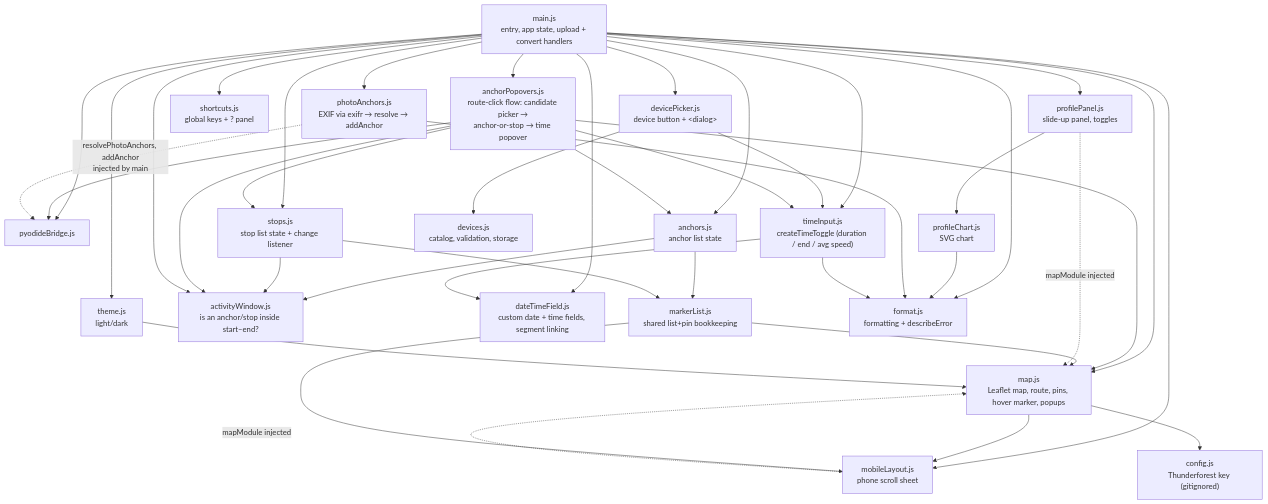
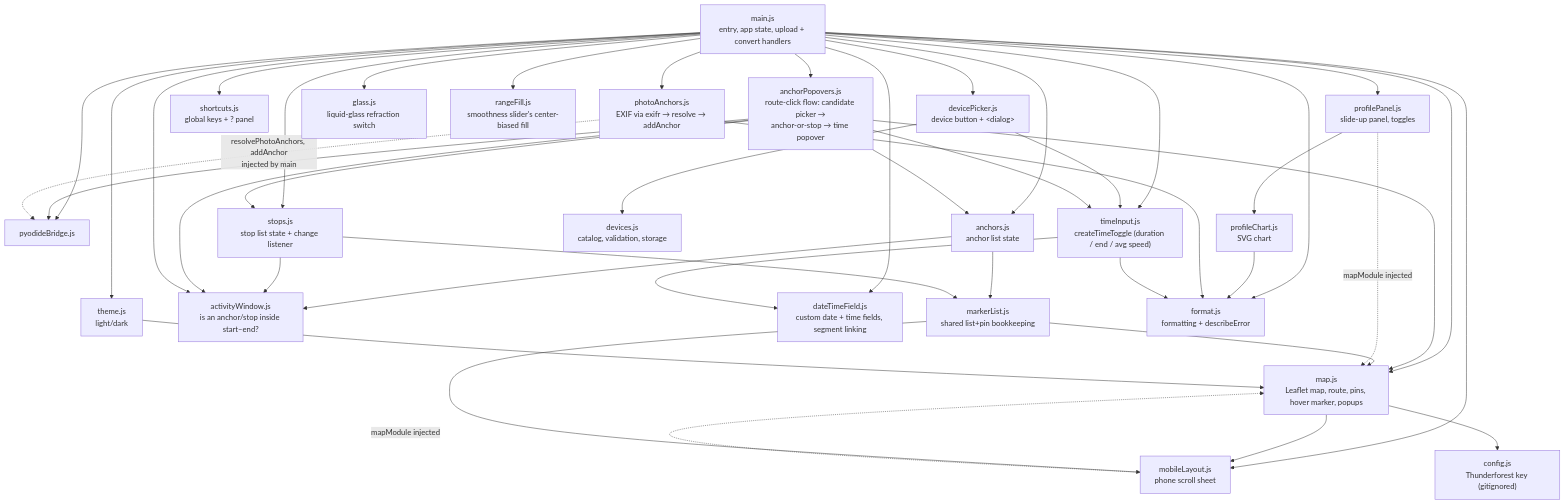
Before and after one commit to martin-iflap/GPX_to_FIT: diagram 12 of 16 in docs/ARCHITECTURE.md, drawn with Mermaid. The commit also changed other lines of this file and 16 other files, not shown here.

````diff
--- a/docs/ARCHITECTURE.md
+++ b/docs/ARCHITECTURE.md
@@ -678,64 +732,68 @@
 ```mermaid
 flowchart TD
   main["main.js<br/>entry, app state, upload + convert handlers"]
   bridge["pyodideBridge.js"]
   map["map.js<br/>Leaflet map, route, pins, hover marker, popups"]
   ap["anchorPopovers.js<br/>route-click flow: candidate picker →<br/>anchor-or-stop → time popover"]
   anchors["anchors.js<br/>anchor list state"]
   stops["stops.js<br/>stop list state + change listener"]
   ml["markerList.js<br/>shared list+pin bookkeeping"]
   aw["activityWindow.js<br/>is an anchor/stop inside start–end?"]
   photo["photoAnchors.js<br/>EXIF via exifr → resolve → addAnchor"]
   ti["timeInput.js<br/>createTimeToggle (duration / end / avg speed)"]
   dtf["dateTimeField.js<br/>custom date + time fields, segment linking"]
   pp["profilePanel.js<br/>slide-up panel, toggles"]
   pc["profileChart.js<br/>SVG chart"]
   mob["mobileLayout.js<br/>phone scroll sheet"]
   sc["shortcuts.js<br/>global keys + ? panel"]
   dp["devicePicker.js<br/>device button + &lt;dialog&gt;"]
   dev["devices.js<br/>catalog, validation, storage"]
   th["theme.js<br/>light/dark"]
+  gl["glass.js<br/>liquid-glass refraction switch"]
+  rf["rangeFill.js<br/>smoothness slider's center-biased fill"]
   fmt["format.js<br/>formatting + describeError"]
   cfg["config.js<br/>Thunderforest key (gitignored)"]
 
   main --> bridge
   main --> map
   main --> ti
   main --> dtf
   main --> anchors
   main --> stops
   main --> ap
   main --> photo
   main --> pp
   main --> sc
   main --> dp
   dp --> dev
   dp --> ti
   main --> th
+  main --> gl
+  main --> rf
   main --> fmt
   main --> mob
   mob -. "mapModule injected" .-> map
   map --> mob
   ml --> mob
   ap --> bridge
   ap --> map
   ap --> anchors
   ap --> stops
   ap --> ti
   anchors --> ml
   stops --> ml
   anchors --> aw
   stops --> aw
   ap --> aw
   main --> aw
   ml --> map
   pp --> pc
   pp -. "mapModule injected" .-> map
   photo -. "resolvePhotoAnchors, addAnchor<br/>injected by main" .-> bridge
   ti --> dtf
   th --> map
   map --> cfg
   pc --> fmt
   photo --> fmt
   ti --> fmt
 ```
````
